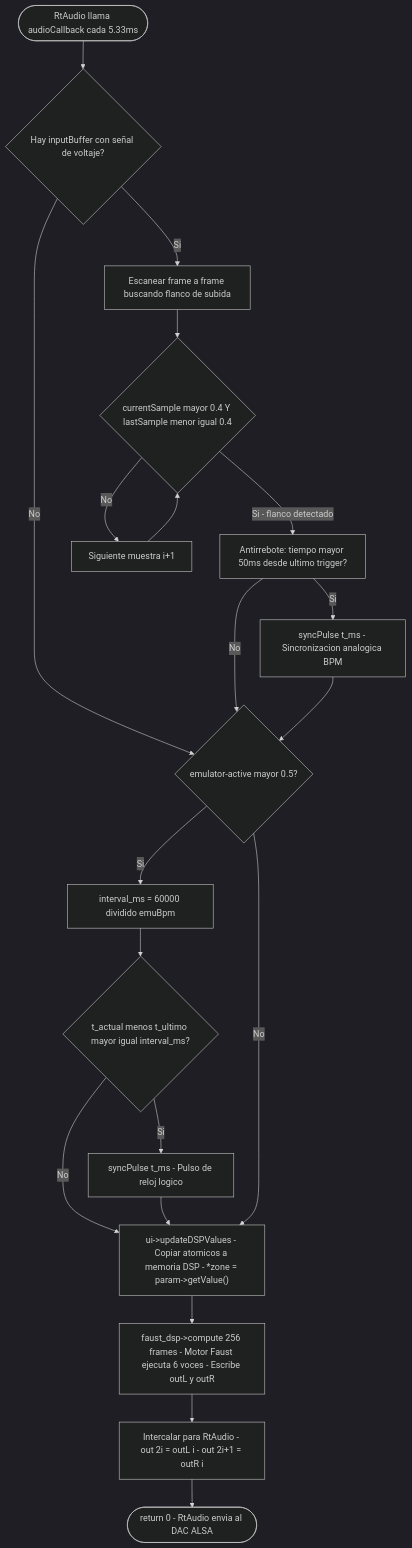
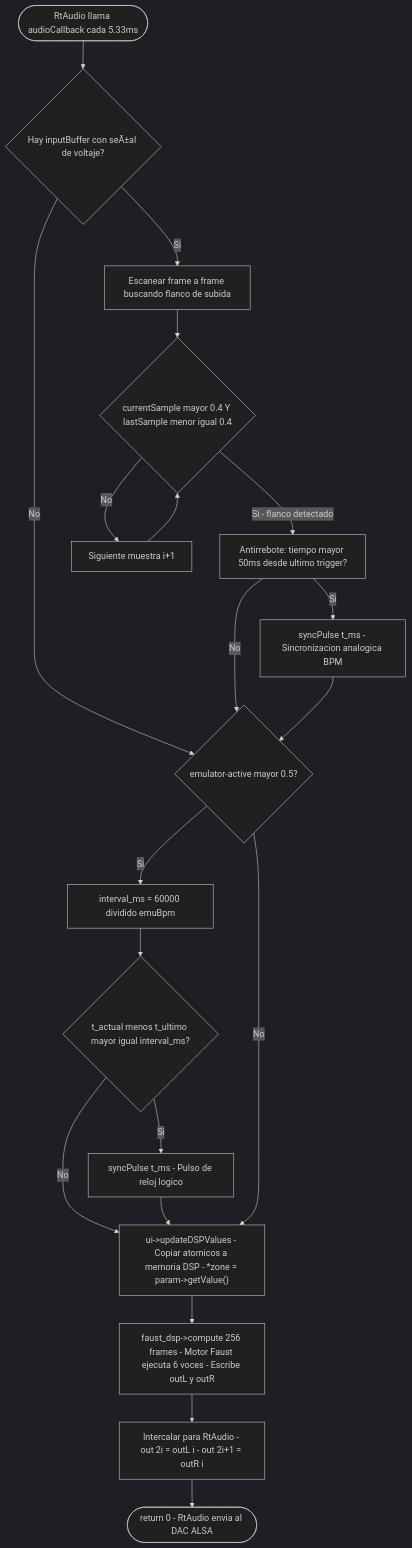
The third of 12 diagrams in README.md (Zann181/sintetizador), drawn with Mermaid (dark theme) before and after one commit. The commit also changed other lines of this file, not shown here.

````diff
--- a/README.md
+++ b/README.md
@@ -342,35 +342,35 @@
 ```mermaid
 flowchart TD
     CB_START(["RtAudio llama audioCallback cada 5.33ms"])
 
     CB_START --> CLOCK_A
-    CLOCK_A{"Hay inputBuffer con señal de voltaje?"}
+    CLOCK_A{"Hay inputBuffer con seÃ±al de voltaje?"}
     CLOCK_A -->|"Si"| SCAN["Escanear frame a frame buscando flanco de subida"]
     CLOCK_A -->|"No"| EMU_CHECK
 
     SCAN --> EDGE{"currentSample mayor 0.4 Y lastSample menor igual 0.4"}
     EDGE -->|"Si - flanco detectado"| ANTI["Antirrebote: tiempo mayor 50ms desde ultimo trigger?"]
     EDGE -->|"No"| NEXT_SAMPLE["Siguiente muestra i+1"]
     NEXT_SAMPLE --> EDGE
 
     ANTI -->|"Si"| SYNC_ANA["syncPulse t_ms - Sincronizacion analogica BPM"]
     ANTI -->|"No"| EMU_CHECK
     SYNC_ANA --> EMU_CHECK
 
     EMU_CHECK{"emulator-active mayor 0.5?"}
     EMU_CHECK -->|"Si"| EMU_CALC["interval_ms = 60000 dividido emuBpm"]
     EMU_CALC --> EMU_FIRE{"t_actual menos t_ultimo mayor igual interval_ms?"}
     EMU_FIRE -->|"Si"| SYNC_EMU["syncPulse t_ms - Pulso de reloj logico"]
     EMU_FIRE -->|"No"| UPDATE_PARAMS
     SYNC_EMU --> UPDATE_PARAMS
     EMU_CHECK -->|"No"| UPDATE_PARAMS
 
     UPDATE_PARAMS["ui->updateDSPValues - Copiar atomicos a memoria DSP - *zone = param->getValue()"]
     UPDATE_PARAMS --> COMPUTE
 
     COMPUTE["faust_dsp->compute 256 frames - Motor Faust ejecuta 6 voces - Escribe outL y outR"]
     COMPUTE --> INTERLEAVE
 
     INTERLEAVE["Intercalar para RtAudio - out 2i = outL i - out 2i+1 = outR i"]
     INTERLEAVE --> RETURN(["return 0 - RtAudio envia al DAC ALSA"])
 ```
````
